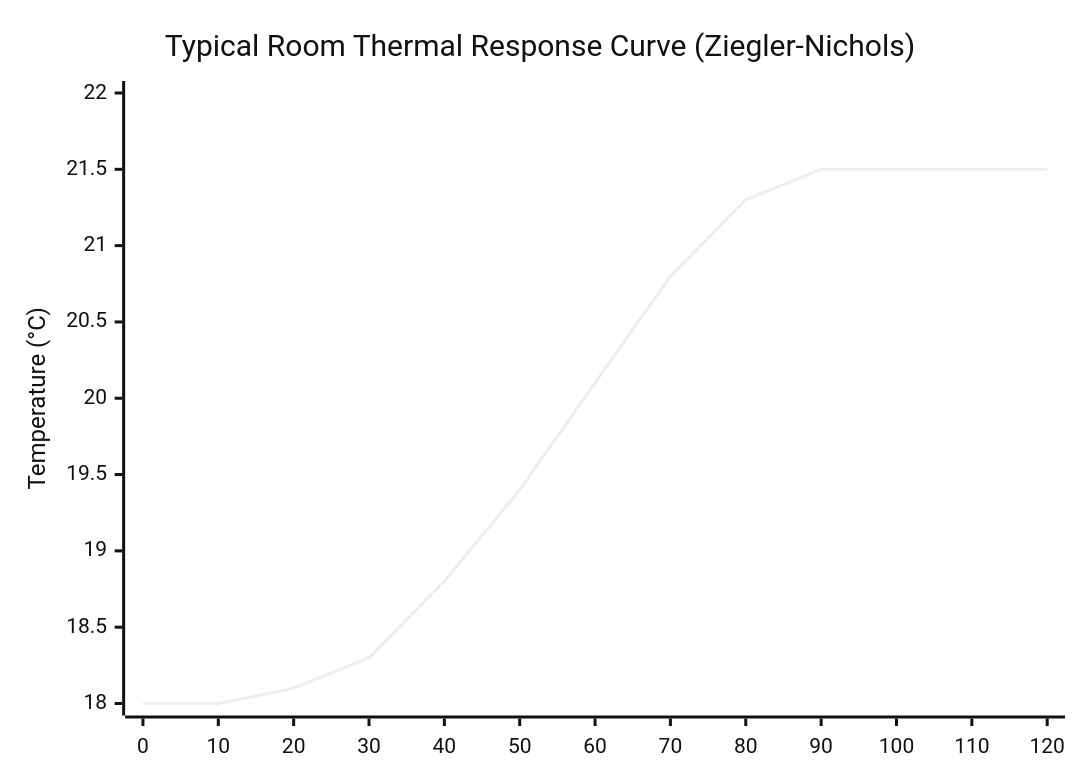
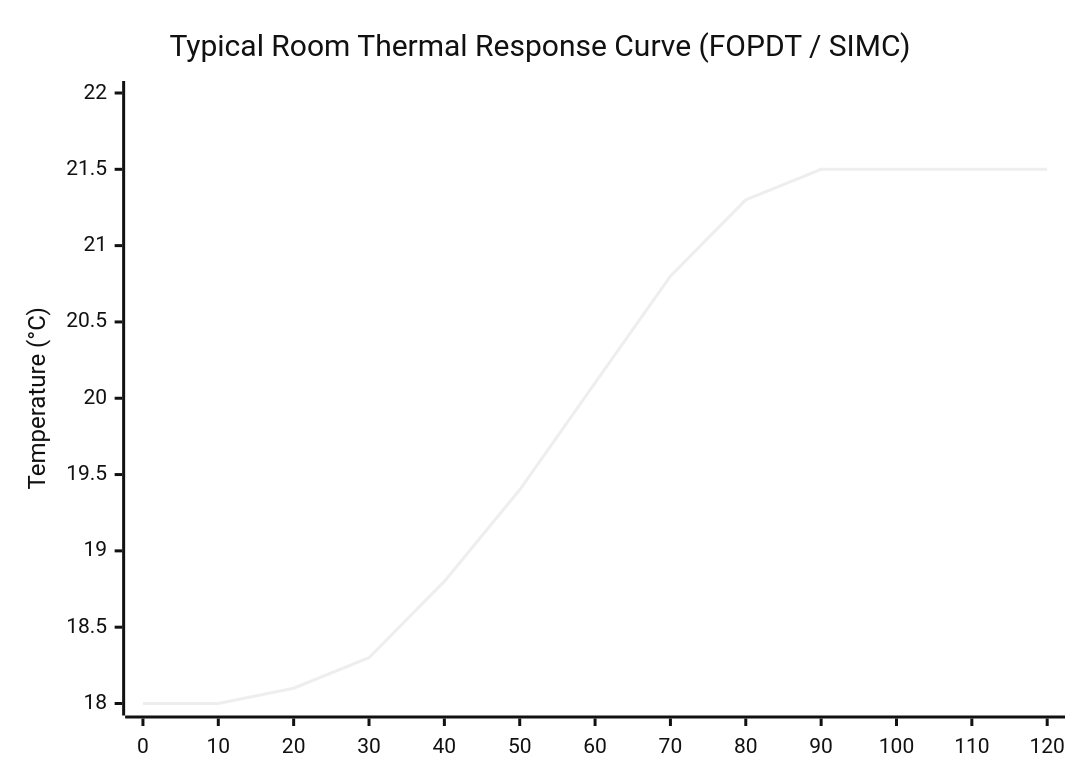
One commit to alex-military/multizone-thermostat changed the second of 2 diagrams in docs/wiki/algorithms_tuning.md. Above: the diagram before and after it, drawn with Mermaid (neutral theme). The commit also changed other lines of this file and 25 other files, not shown here.

Commit message:
docs: update wiki, README and roadmap through v6.0.26

````diff
--- a/docs/wiki/algorithms_tuning.md
+++ b/docs/wiki/algorithms_tuning.md
@@ -48,7 +49,7 @@
 ```mermaid
 xychart-beta
-    title "Typical Room Thermal Response Curve (Ziegler-Nichols)"
+    title "Typical Room Thermal Response Curve (FOPDT / SIMC)"
     x-axis [0, 10, 20, 30, 40, 50, 60, 70, 80, 90, 100, 110, 120]
     y-axis "Temperature (°C)" 18 --> 22
     line [18.0, 18.0, 18.1, 18.3, 18.8, 19.4, 20.1, 20.8, 21.3, 21.5, 21.5, 21.5, 21.5]
 ```
````
